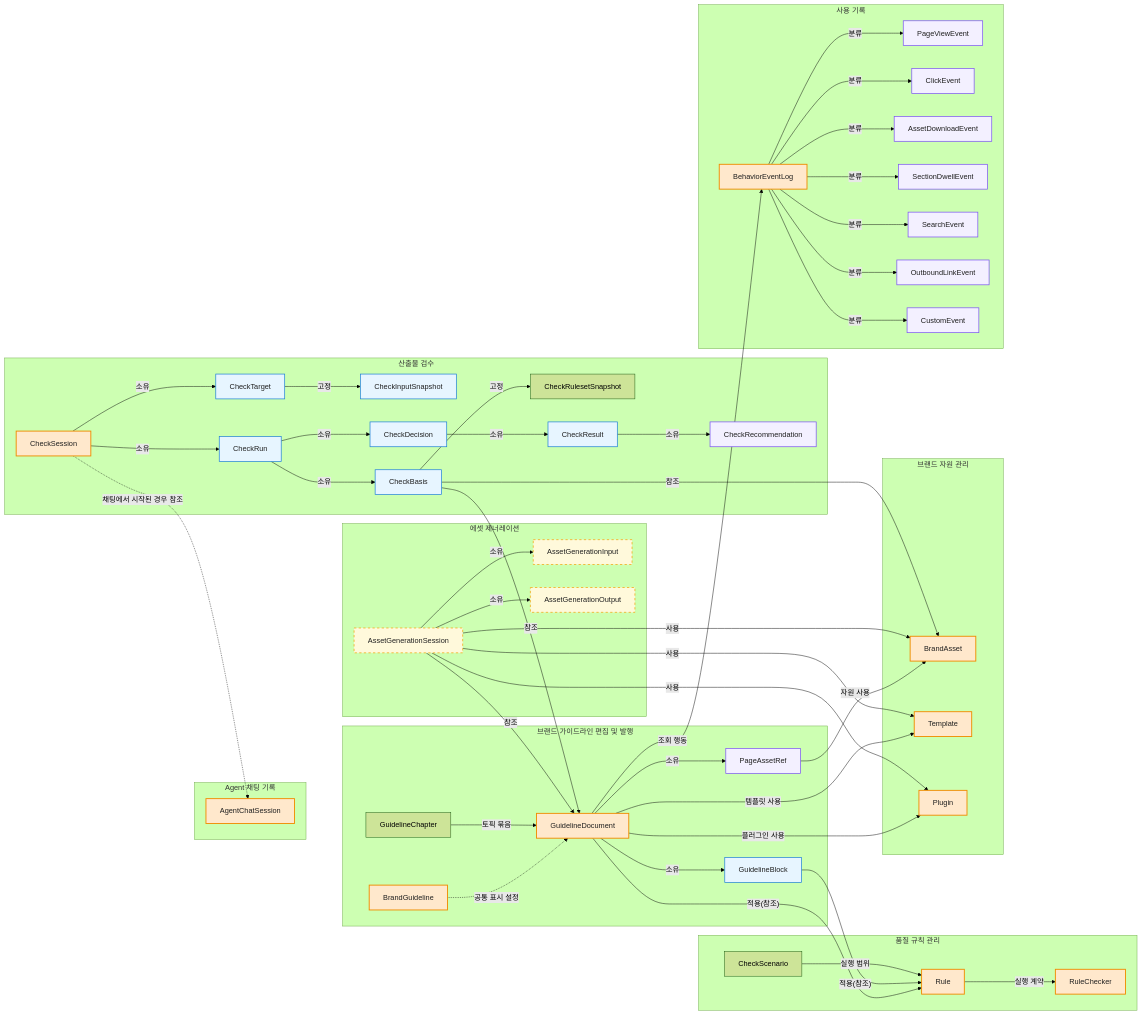
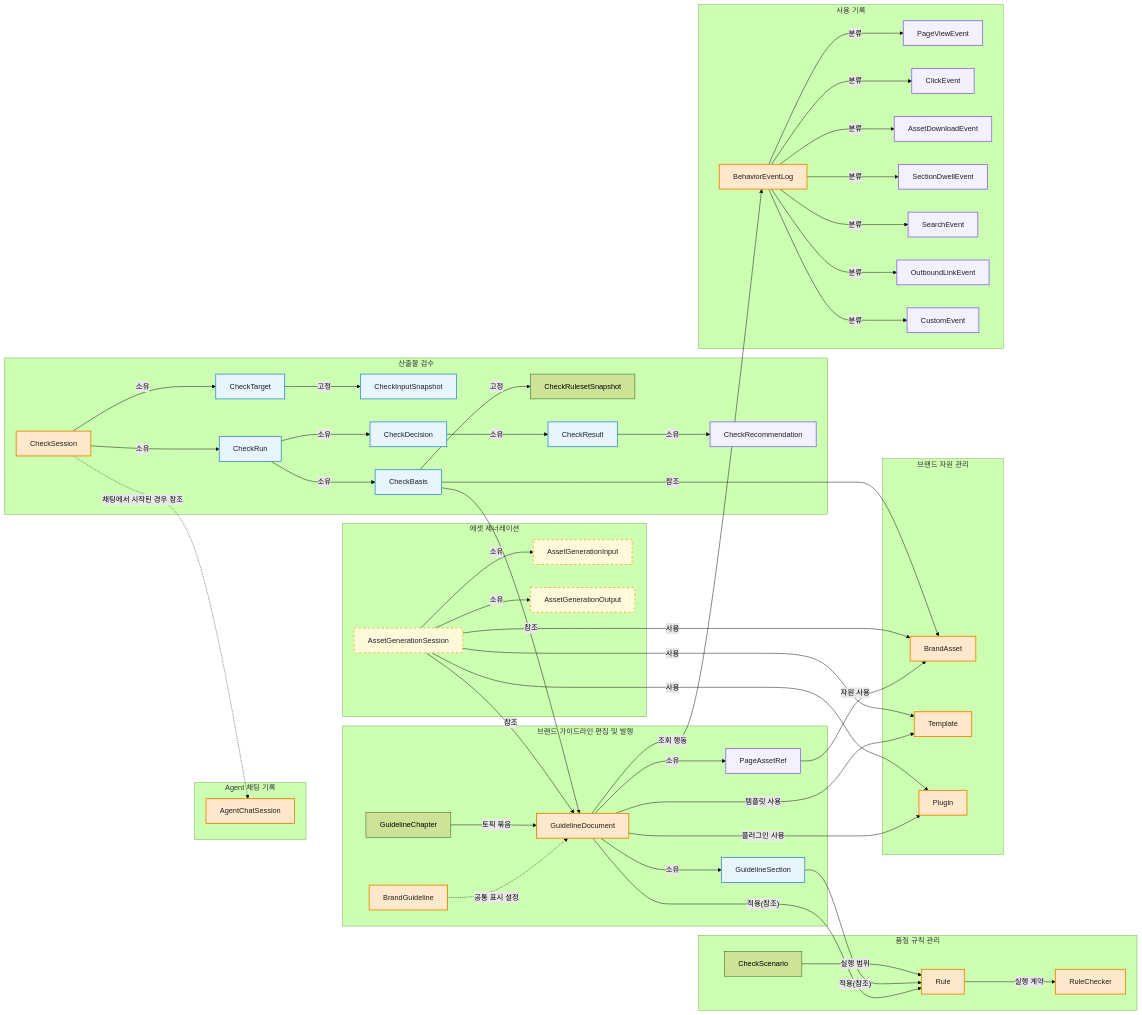
Before and after one commit to Living-Brand-System/living-brand-system: the second of 5 diagrams in docs/04-domain-model.md, drawn with Mermaid (forest theme). The commit also changed other lines of this file and 207 other files, not shown here.

````diff
--- a/docs/04-domain-model.md
+++ b/docs/04-domain-model.md
@@ -92,7 +92,7 @@
     BrandGuideline["BrandGuideline"]
     GuidelineChapter["GuidelineChapter"]
     GuidelineDocument["GuidelineDocument"]
-    GuidelineBlock["GuidelineBlock"]
+    GuidelineSection["GuidelineSection"]
     PageAssetRef["PageAssetRef"]
   end
 
@@ -143,9 +143,9 @@
 
   BrandGuideline -.->|"공통 표시 설정"| GuidelineDocument
   GuidelineChapter -->|"토픽 묶음"| GuidelineDocument
-  GuidelineDocument -->|"소유"| GuidelineBlock
+  GuidelineDocument -->|"소유"| GuidelineSection
   GuidelineDocument -->|"적용(참조)"| Rule
-  GuidelineBlock -->|"적용(참조)"| Rule
+  GuidelineSection -->|"적용(참조)"| Rule
   Rule -->|"실행 계약"| RuleChecker
   CheckScenario -->|"실행 범위"| Rule
   GuidelineDocument -->|"소유"| PageAssetRef
@@ -186,7 +186,7 @@
   classDef planned fill:#FFF9DB,stroke:#F59F00,stroke-width:1.5px,stroke-dasharray:5 5,color:#1F1F1F;
 
   class BrandGuideline,GuidelineDocument,Rule,RuleChecker,BrandAsset,Template,Plugin,AgentChatSession,CheckSession,BehaviorEventLog aggregate;
-  class GuidelineBlock,CheckTarget,CheckInputSnapshot,CheckRun,CheckBasis,CheckDecision,CheckResult entity;
+  class GuidelineSection,CheckTarget,CheckInputSnapshot,CheckRun,CheckBasis,CheckDecision,CheckResult entity;
   class PageAssetRef,CheckRecommendation,PageViewEvent,ClickEvent,AssetDownloadEvent,SectionDwellEvent,SearchEvent,OutboundLinkEvent,CustomEvent childEntity;
   class AssetGenerationSession,AssetGenerationInput,AssetGenerationOutput planned;
 ```
````
